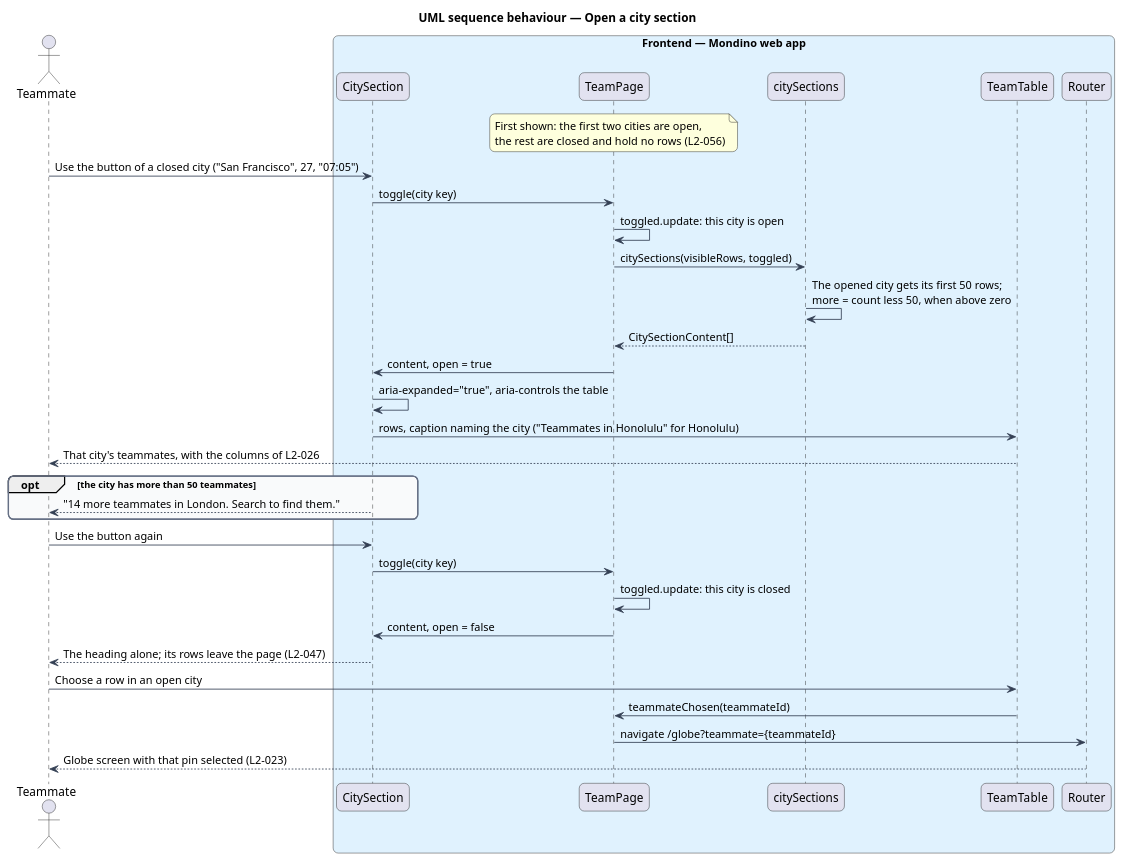
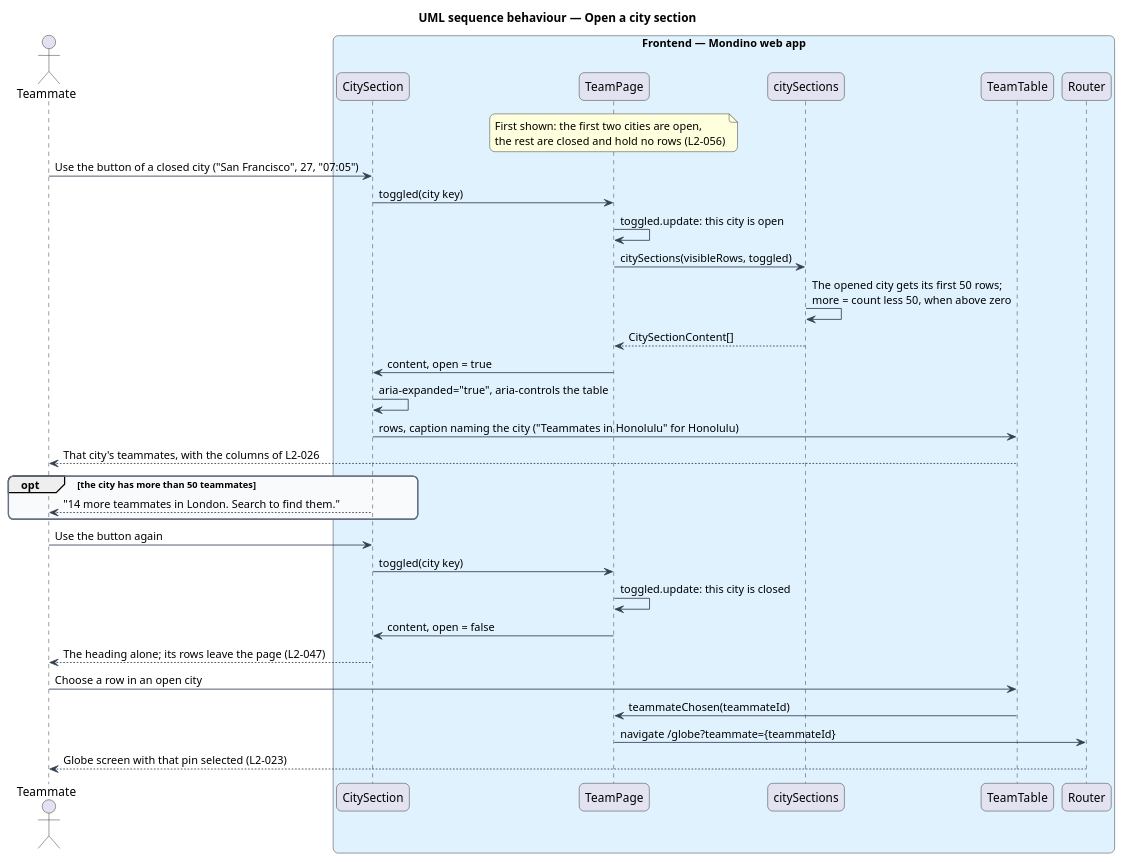
Before and after one commit to QuinntyneBrown/Mondino: the diagram in docs/detailed-designs/team/view-team-through-the-day/diagrams/sequence-open-city-section.puml, drawn with PlantUML. The commit also changed 20 other files, not shown here.

```diff
--- a/docs/detailed-designs/team/view-team-through-the-day/diagrams/sequence-open-city-section.puml
+++ b/docs/detailed-designs/team/view-team-through-the-day/diagrams/sequence-open-city-section.puml
@@ -1,48 +1,48 @@
 @startuml
 title UML sequence behaviour — Open a city section
 skinparam backgroundColor #FFFFFF
 skinparam shadowing false
 skinparam roundcorner 12
 skinparam defaultFontName Arial
 skinparam ArrowColor #344054
 skinparam rectangle {
   BorderColor #344054
   FontColor #101828
 }
 skinparam package {
   BorderColor #667085
   FontColor #101828
   BackgroundColor #F9FAFB
 }
 actor "Teammate" as actor
 box "Frontend — Mondino web app" #E0F2FE
   participant "CitySection" as city
   participant "TeamPage" as page
   participant "citySections" as sections
   participant "TeamTable" as table
   participant "Router" as router
 end box
 note over page : First shown: the first two cities are open,\nthe rest are closed and hold no rows (L2-056)
 actor -> city : Use the button of a closed city ("San Francisco", 27, "07:05")
-city -> page : toggle(city key)
+city -> page : toggled(city key)
 page -> page : toggled.update: this city is open
 page -> sections : citySections(visibleRows, toggled)
 sections -> sections : The opened city gets its first 50 rows;\nmore = count less 50, when above zero
 sections --> page : CitySectionContent[]
 page -> city : content, open = true
 city -> city : aria-expanded="true", aria-controls the table
 city -> table : rows, caption naming the city ("Teammates in Honolulu" for Honolulu)
 table --> actor : That city's teammates, with the columns of L2-026
 opt the city has more than 50 teammates
   city --> actor : "14 more teammates in London. Search to find them."
 end
 actor -> city : Use the button again
-city -> page : toggle(city key)
+city -> page : toggled(city key)
 page -> page : toggled.update: this city is closed
 page -> city : content, open = false
 city --> actor : The heading alone; its rows leave the page (L2-047)
 actor -> table : Choose a row in an open city
 table -> page : teammateChosen(teammateId)
 page -> router : navigate /globe?teammate={teammateId}
 router --> actor : Globe screen with that pin selected (L2-023)
 @enduml
```
